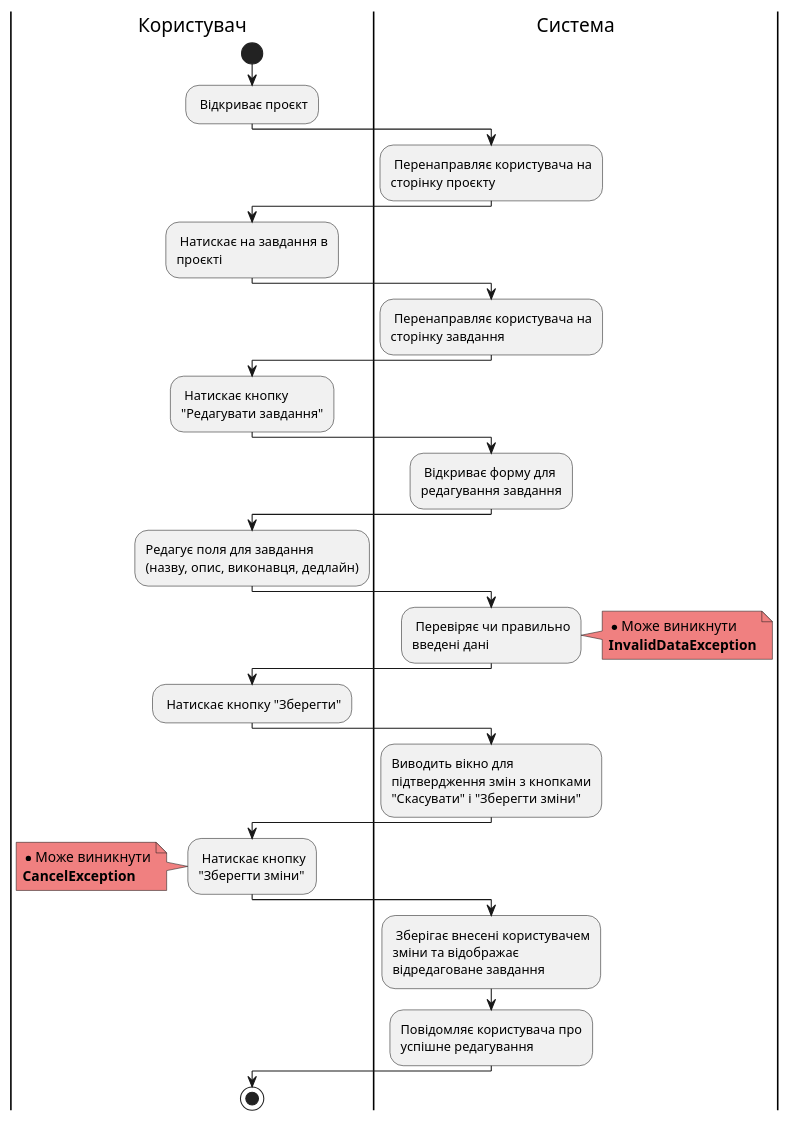
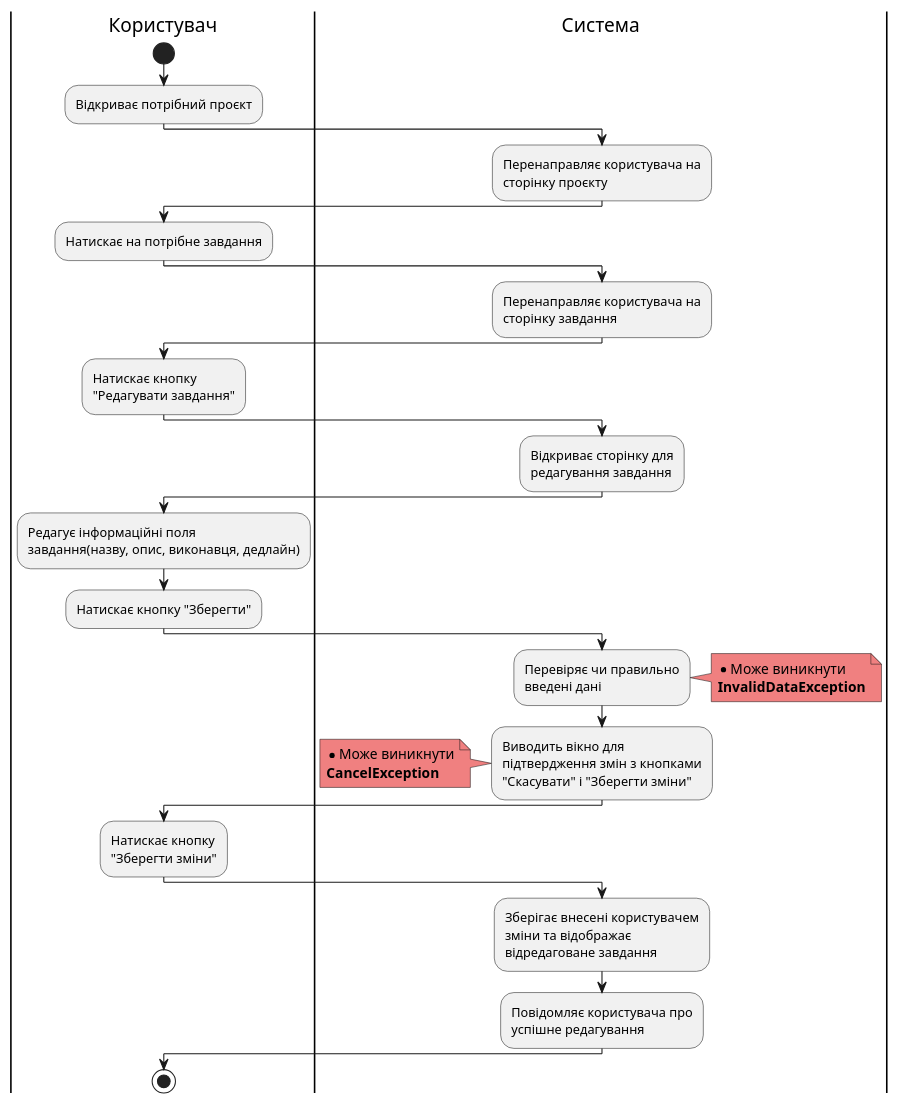
One commit to samoilenkomariia/db-coursework changed diagram 15 of 23 in docs/use cases/README.md. Above: the diagram before and after it, drawn with PlantUML. The commit also changed other lines of this file, not shown here.

```diff
--- a/docs/use cases/README.md
+++ b/docs/use cases/README.md
@@ -654,53 +648,52 @@
 @startuml
     
     |Користувач|
     start;
-    : Відкриває проєкт;
+    :Відкриває потрібний проєкт;
         
     |Система|
-    : Перенаправляє користувача на\nсторінку проєкту;
+    :Перенаправляє користувача на\nсторінку проєкту;
     
     |Користувач|
-    : Натискає на завдання в\nпроєкті;
+    :Натискає на потрібне завдання;
 
     |Система|
-    : Перенаправляє користувача на\nсторінку завдання;
+    :Перенаправляє користувача на\nсторінку завдання;
     
     |Користувач|
-    : Натискає кнопку\n"Редагувати завдання";
+    :Натискає кнопку\n"Редагувати завдання";
 
     |Система|
-    : Відкриває форму для\nредагування завдання;
+    :Відкриває сторінку для\nредагування завдання;
 
     |Користувач|
-    :Редагує поля для завдання\n(назву, опис, виконавця, дедлайн);
+    :Редагує інформаційні поля\nзавдання(назву, опис, виконавця, дедлайн);
     
+    |Користувач|
+    :Натискає кнопку "Зберегти";
+
     |Система|
-    : Перевіряє чи правильно\nвведені дані;
+    :Перевіряє чи правильно\nвведені дані;
     
     note right #lightcoral
         * Може виникнути
         <b>InvalidDataException</b>
     end note
     
-    |Користувач|
-    : Натискає кнопку "Зберегти";
-    
     |Система|
     :Виводить вікно для\nпідтвердження змін з кнопками\n"Скасувати" і "Зберегти зміни";
-    
-    |Користувач|
-    : Натискає кнопку\n"Зберегти зміни";
-    
+
     note left #lightcoral
         * Може виникнути
         <b>CancelException</b>
     end note    
+    |Користувач|
+    :Натискає кнопку\n"Зберегти зміни";
 
     |Система|
-    : Зберігає внесені користувачем\nзміни та відображає\nвідредаговане завдання;
+    :Зберігає внесені користувачем\nзміни та відображає\nвідредаговане завдання;
     :Повідомляє користувача про\nуспішне редагування;
 
     |Користувач|
         stop;
 @enduml
```
